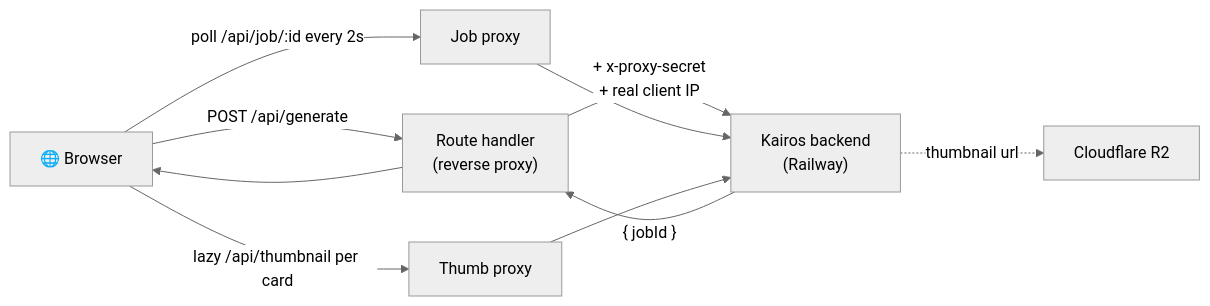
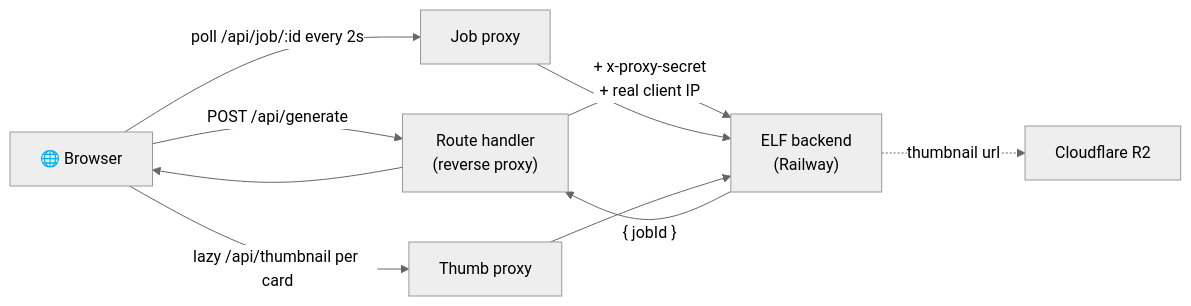
The diagram in kairosFrontend/README.md (Krishnavarshney2/ELF), drawn with Mermaid (neutral theme) before and after one commit. The commit also changed other lines of this file and 15 other files, not shown here.

Commit message:
Rename project from Kairos to ELF

````diff
--- a/kairosFrontend/README.md
+++ b/kairosFrontend/README.md
@@ -34,9 +34,9 @@
 ```mermaid
 flowchart LR
   U["🌐 Browser"] -->|"POST /api/generate"| PX["Route handler<br/>(reverse proxy)"]
-  PX -->|"+ x-proxy-secret<br/>+ real client IP"| BE["Kairos backend<br/>(Railway)"]
+  PX -->|"+ x-proxy-secret<br/>+ real client IP"| BE["ELF backend<br/>(Railway)"]
   BE -->|"{ jobId }"| PX --> U
   U -->|"poll /api/job/:id every 2s"| PX2["Job proxy"] --> BE
   U -->|"lazy /api/thumbnail per card"| PX3["Thumb proxy"] --> BE
   BE -.->|"thumbnail url"| R2["Cloudflare R2"]
 ```
````
